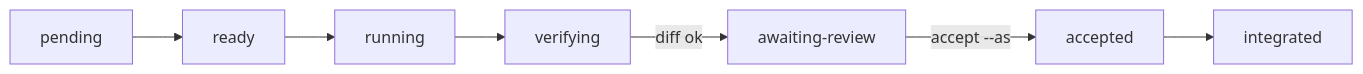
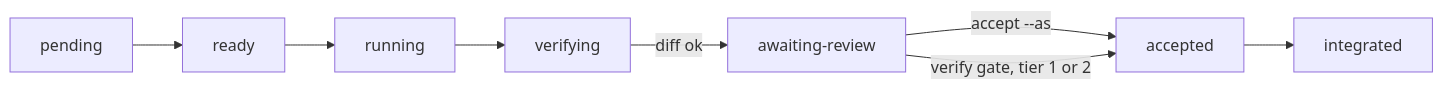
Before and after one commit to smota/meshloop: the diagram in docs/architecture/execution-lifecycle.md, drawn with Mermaid. The commit also changed other lines of this file and 22 other files, not shown here.

First line of the commit message:
feat(engine): accept tier 1 and 2 verify gates

````diff
--- a/docs/architecture/execution-lifecycle.md
+++ b/docs/architecture/execution-lifecycle.md
@@ -13,6 +13,7 @@
 ```mermaid
 flowchart LR
   pending --> ready --> running --> verifying
   verifying -->|diff ok| awaitingReview[awaiting-review]
   awaitingReview -->|accept --as| accepted --> integrated
+  awaitingReview -->|verify gate, tier 1 or 2| accepted
 ```
````
